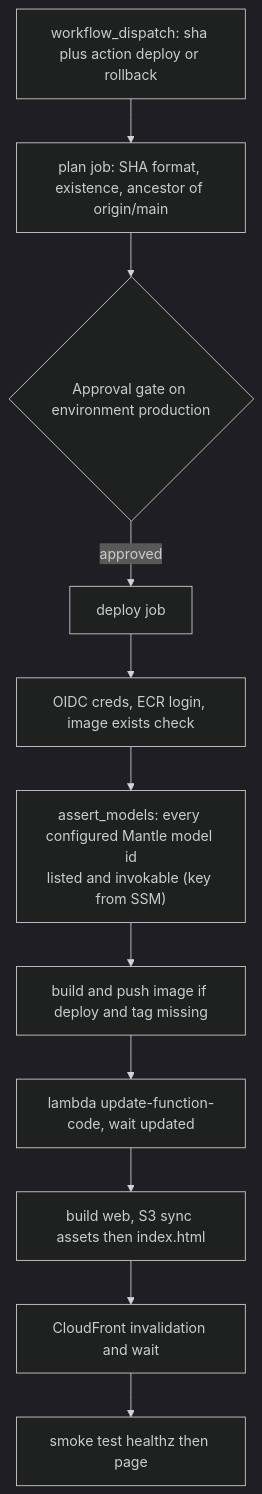
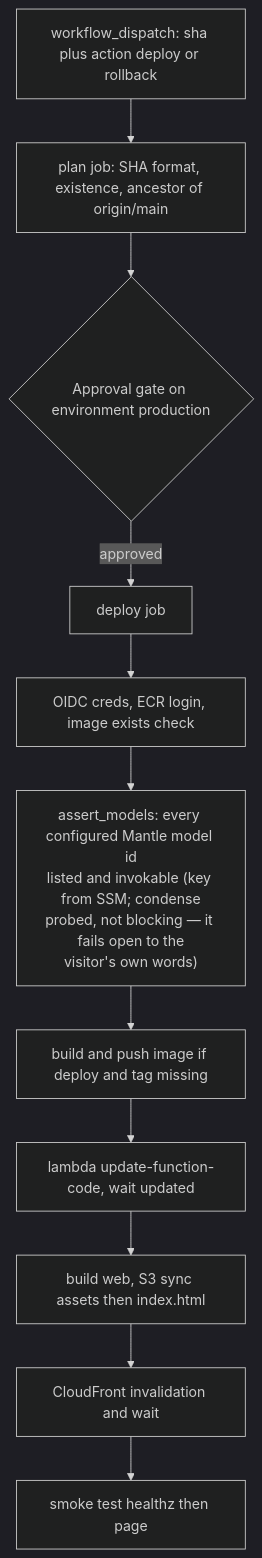
Before and after one commit to Nextasy-Apps-LLC/marcuss-cadre-test: the diagram in openwiki/workflows/ci-cd.md, drawn with Mermaid (dark theme). The commit also changed other lines of this file and 9 other files, not shown here.

````diff
--- a/openwiki/workflows/ci-cd.md
+++ b/openwiki/workflows/ci-cd.md
@@ -44,13 +49,13 @@
 ```mermaid
 flowchart TD
   A["workflow_dispatch: sha plus action deploy or rollback"] --> P["plan job: SHA format, existence, ancestor of origin/main"]
   P --> G{"Approval gate on environment production"}
   G -->|approved| D["deploy job"]
   D --> E["OIDC creds, ECR login, image exists check"]
-  E --> AM["assert_models: every configured Mantle model id<br/>listed and invokable (key from SSM)"]
+  E --> AM["assert_models: every configured Mantle model id<br/>listed and invokable (key from SSM; condense<br/>probed, not blocking — it fails open to the<br/>visitor's own words)"]
   AM --> B1["build and push image if deploy and tag missing"]
   B1 --> L["lambda update-function-code, wait updated"]
   L --> S["build web, S3 sync assets then index.html"]
   S --> I["CloudFront invalidation and wait"]
   I --> SM["smoke test healthz then page"]
 ```
````
